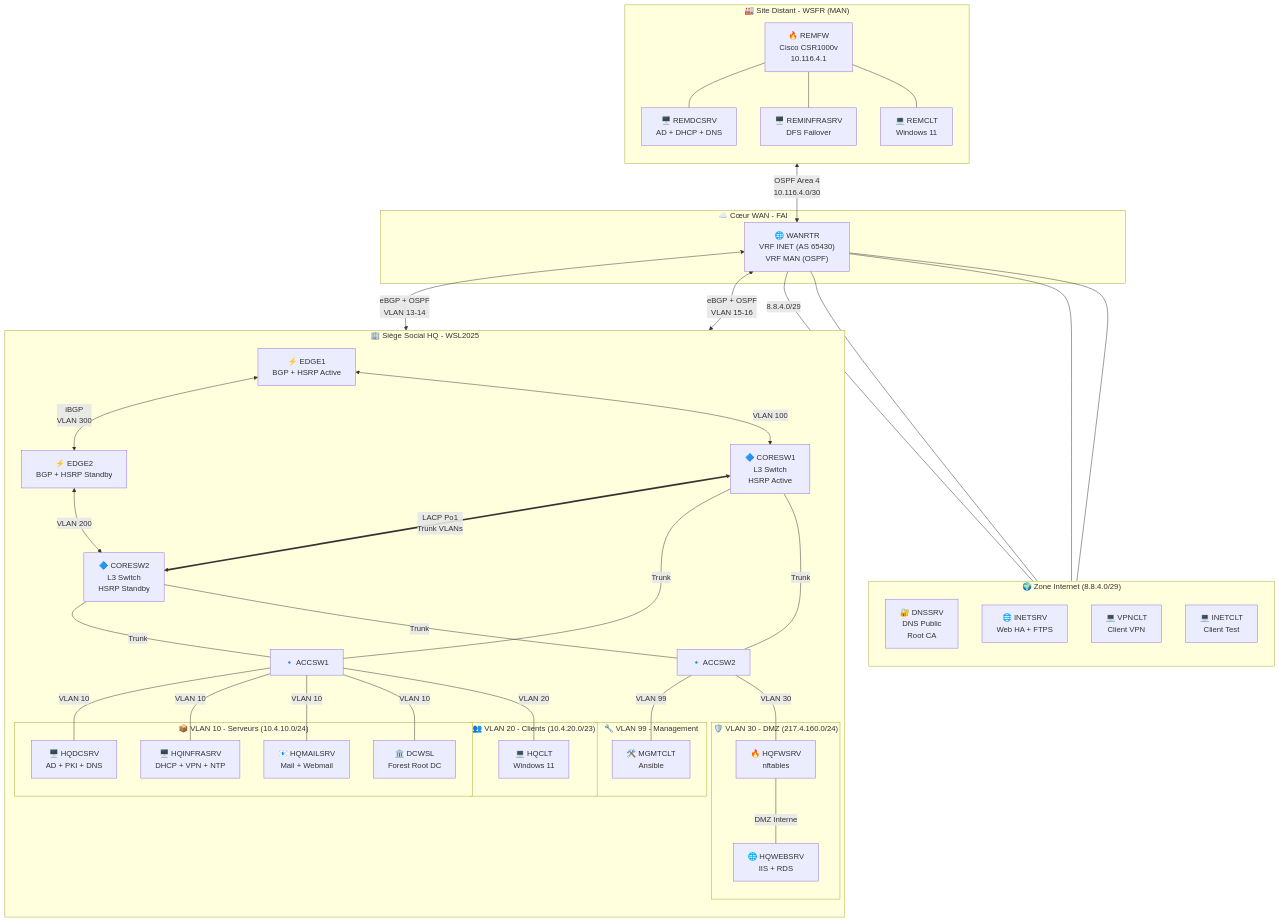
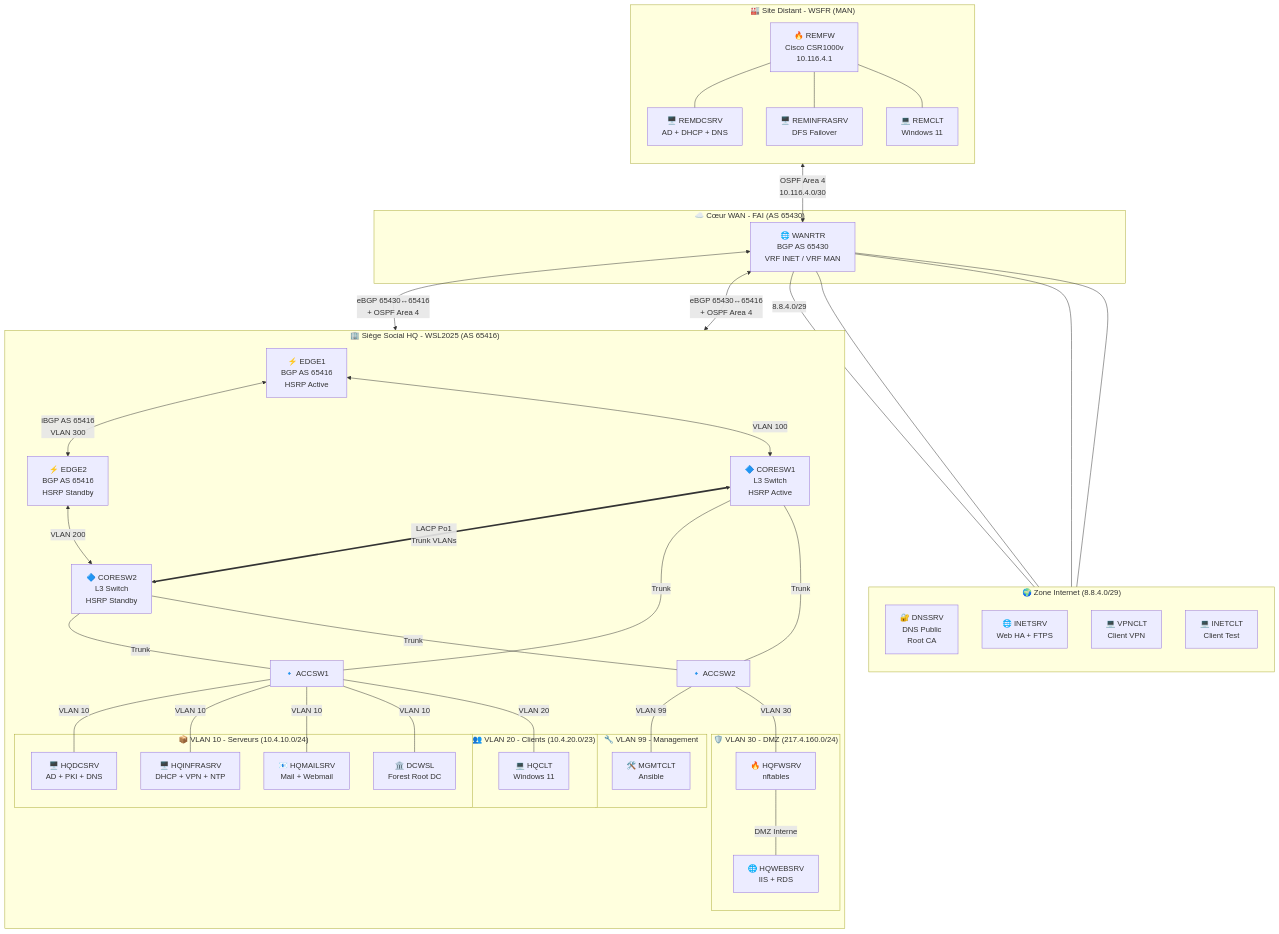
One commit to BadIssues/SAE-501 changed the diagram in readme.md. Above: the diagram before and after it, drawn with Mermaid.

Commit message:
Schema Mermaid - BGP AS 65416/65430 plus visible

````diff
--- a/readme.md
+++ b/readme.md
@@ -144,15 +144,15 @@
         REMDCSRV["🖥️ REMDCSRV<br/>AD + DHCP + DNS"]
         REMINFRASRV["🖥️ REMINFRASRV<br/>DFS Failover"]
         REMCLT["💻 REMCLT<br/>Windows 11"]
-        
+
         REMFW --- REMDCSRV
         REMFW --- REMINFRASRV
         REMFW --- REMCLT
     end
 
     %% === ZONE WAN CENTRAL ===
-    subgraph WAN ["☁️ Cœur WAN - FAI"]
-        WANRTR["🌐 WANRTR<br/>VRF INET (AS 65430)<br/>VRF MAN (OSPF)"]
+    subgraph WAN ["☁️ Cœur WAN - FAI (AS 65430)"]
+        WANRTR["🌐 WANRTR<br/>BGP AS 65430<br/>VRF INET / VRF MAN"]
     end
 
     %% === ZONE INTERNET ===
@@ -165,21 +165,21 @@
     end
 
     %% === ZONE HQ (Siège Social) ===
-    subgraph HQ ["🏢 Siège Social HQ - WSL2025"]
+    subgraph HQ ["🏢 Siège Social HQ - WSL2025 (AS 65416)"]
         direction TB
-        
+
         %% Routeurs Edge
-        EDGE1["⚡ EDGE1<br/>BGP + HSRP Active"]
-        EDGE2["⚡ EDGE2<br/>BGP + HSRP Standby"]
-        
+        EDGE1["⚡ EDGE1<br/>BGP AS 65416<br/>HSRP Active"]
+        EDGE2["⚡ EDGE2<br/>BGP AS 65416<br/>HSRP Standby"]
+
         %% Core Switches
         CORESW1["🔷 CORESW1<br/>L3 Switch<br/>HSRP Active"]
         CORESW2["🔷 CORESW2<br/>L3 Switch<br/>HSRP Standby"]
-        
+
         %% Access Switches
         ACCSW1["🔹 ACCSW1"]
         ACCSW2["🔹 ACCSW2"]
-        
+
         %% VLAN 10 - Serveurs
         subgraph SERVERS ["📦 VLAN 10 - Serveurs (10.4.10.0/24)"]
             HQDCSRV["🖥️ HQDCSRV<br/>AD + PKI + DNS"]
@@ -187,17 +187,17 @@
             HQMAILSRV["📧 HQMAILSRV<br/>Mail + Webmail"]
             DCWSL["🏛️ DCWSL<br/>Forest Root DC"]
         end
-        
+
         %% VLAN 20 - Clients
         subgraph CLIENTS ["👥 VLAN 20 - Clients (10.4.20.0/23)"]
             HQCLT["💻 HQCLT<br/>Windows 11"]
         end
-        
+
         %% VLAN 99 - Management
         subgraph MGMT ["🔧 VLAN 99 - Management"]
             MGMTCLT["🛠️ MGMTCLT<br/>Ansible"]
         end
-        
+
         %% VLAN 30 - DMZ
         subgraph DMZ ["🛡️ VLAN 30 - DMZ (217.4.160.0/24)"]
             HQFWSRV["🔥 HQFWSRV<br/>nftables"]
@@ -206,34 +206,34 @@
     end
 
     %% === CONNEXIONS PRINCIPALES ===
-    
+
     %% Remote vers WAN
     REMFW <-->|"OSPF Area 4<br/>10.116.4.0/30"| WANRTR
-    
+
     %% Internet vers WAN
     WANRTR ---|"8.8.4.0/29"| DNSSRV
     WANRTR --- INETSRV
     WANRTR --- VPNCLT
     WANRTR --- INETCLT
-    
-    %% WAN vers HQ (Double liaison)
-    WANRTR <-->|"eBGP + OSPF<br/>VLAN 13-14"| EDGE1
-    WANRTR <-->|"eBGP + OSPF<br/>VLAN 15-16"| EDGE2
-    
-    %% Interconnexions HQ Layer 3
-    EDGE1 <-->|"iBGP<br/>VLAN 300"| EDGE2
+
+    %% WAN vers HQ (Double liaison BGP)
+    WANRTR <-->|"eBGP 65430↔65416<br/>+ OSPF Area 4"| EDGE1
+    WANRTR <-->|"eBGP 65430↔65416<br/>+ OSPF Area 4"| EDGE2
+
+    %% Interconnexions HQ Layer 3 (iBGP)
+    EDGE1 <-->|"iBGP AS 65416<br/>VLAN 300"| EDGE2
     EDGE1 <-->|"VLAN 100"| CORESW1
     EDGE2 <-->|"VLAN 200"| CORESW2
-    
+
     %% Core Switch interconnexion
     CORESW1 <==>|"LACP Po1<br/>Trunk VLANs"| CORESW2
-    
+
     %% Trunks vers Access
     CORESW1 ---|"Trunk"| ACCSW1
     CORESW1 ---|"Trunk"| ACCSW2
     CORESW2 ---|"Trunk"| ACCSW1
     CORESW2 ---|"Trunk"| ACCSW2
-    
+
     %% Access vers End Devices
     ACCSW1 ---|"VLAN 10"| HQDCSRV
     ACCSW1 ---|"VLAN 10"| HQINFRASRV
@@ -242,7 +242,7 @@
     ACCSW1 ---|"VLAN 20"| HQCLT
     ACCSW2 ---|"VLAN 99"| MGMTCLT
     ACCSW2 ---|"VLAN 30"| HQFWSRV
-    
+
     %% DMZ interne
     HQFWSRV ---|"DMZ Interne"| HQWEBSRV
 ```
````
